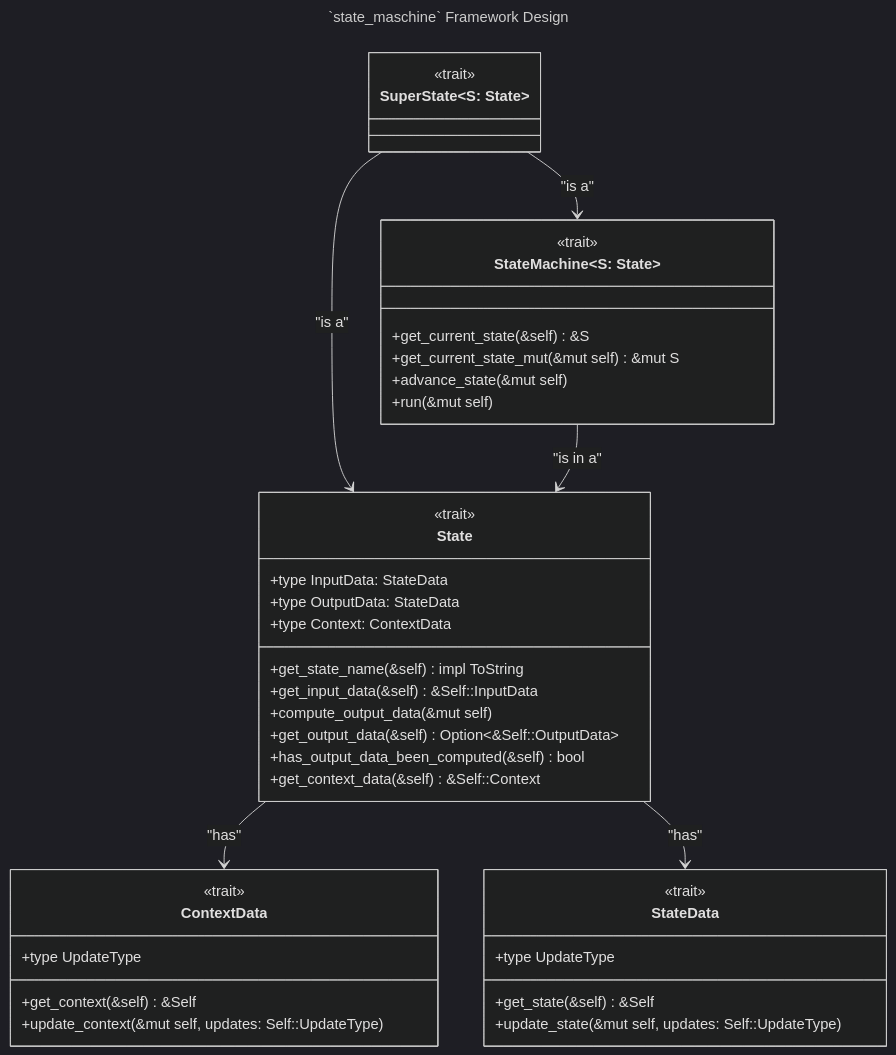
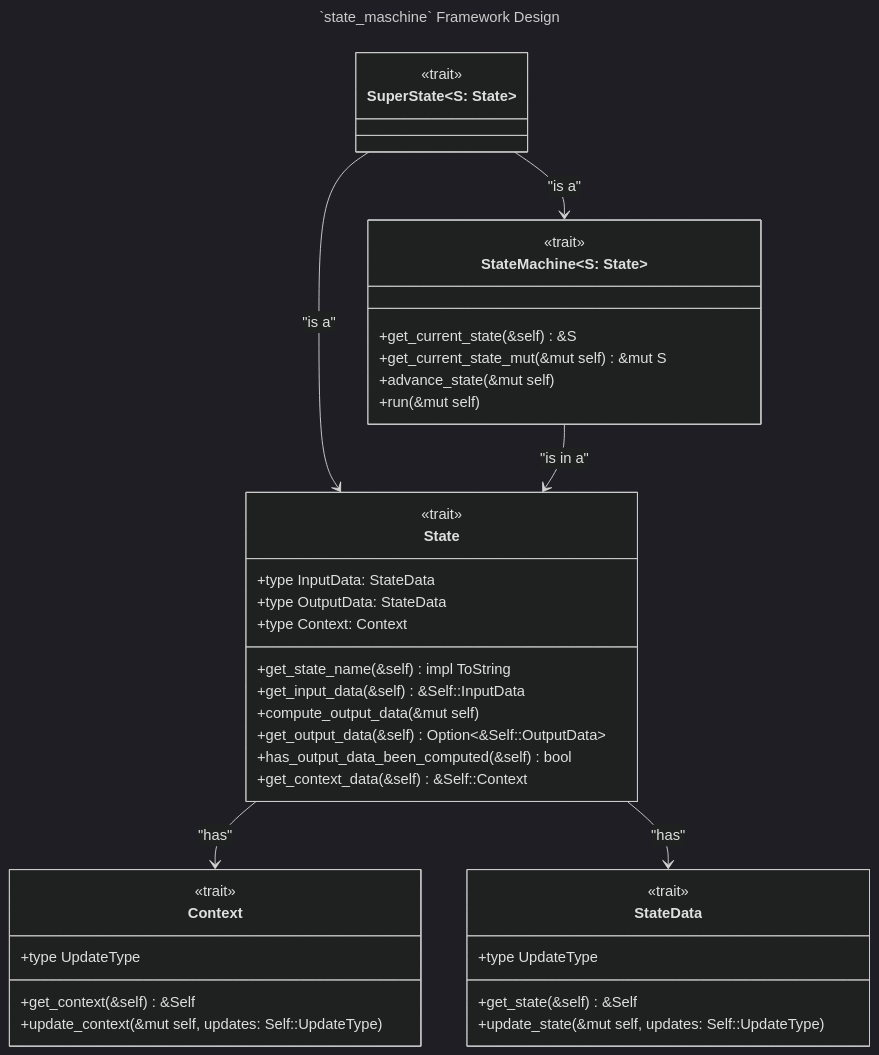
Before and after one commit to ironcapitaleu/arkad: the diagram in state_machine/design/uml_class_diagram/state_machine_framework_design.md, drawn with Mermaid (dark theme). The commit also changed 219 other files, not shown here.

````diff
--- a/state_machine/design/uml_class_diagram/state_machine_framework_design.md
+++ b/state_machine/design/uml_class_diagram/state_machine_framework_design.md
@@ -1,79 +1,79 @@
 ```mermaid
 ---
 title: "`state_maschine` Framework Design"
 ---
 classDiagram
     class StateMachine~S: State~{
         <<trait>>
         %% This is a trait that represents a `StateMachine`.
 
         %% These are the trait methods that must be implemented by any `StateMachine`.
         +get_current_state(&self) &S
         +get_current_state_mut(&mut self) &mut S
         +advance_state(&mut self)
         +run(&mut self)
     }
 
     class State {
         <<trait>>
         %% This is a trait that represents a `State` in the `StateMachine`.
 
         %% These are the associated types that represent the data associated with a `State`inside a `StateMachine' represents the data associated with a `State`.
         +type InputData: StateData
         +type OutputData: StateData
-        +type Context: ContextData
+        +type Context: Context
 
         %% These are the trait methods that must be implemented by any `State` in the `StateMachine`.
         +get_state_name(&self) impl ToString
         +get_input_data(&self) &Self::InputData
         +compute_output_data(&mut self)
         +get_output_data(&self) Option<&Self::OutputData>
         +has_output_data_been_computed(&self) bool
         +get_context_data(&self) &Self::Context
     }
 
 
     class SuperState~S: State~ {
         <<trait>>
         %% This is a trait that represents a `SuperState` in a hierarchical state machine.
         %% A `SuperState` must implement both `State` and `StateMachine<S>` traits.
 
         %% Associated types and methods are inherited from `State` and `StateMachine<S>`.
     }
 
-    class ContextData {
+    class Context {
         <<trait>>
         %% This is a trait that defines the behavior and characteristics of context data that is available to a `State` in a `StateMachine`.
 
         %% Associated type for updates to the context data.
         +type UpdateType
 
-        %% Methods defined by the `ContextData` trait.
+        %% Methods defined by the `Context` trait.
         +get_context(&self) &Self
         +update_context(&mut self, updates: Self::UpdateType)
     }    
 
     class StateData {
         <<trait>>
         %% This is a trait that defines the behavior and characteristics of internal state data of a `State` in a `StateMachine`.
 
         %% Associated type for updates to the internal state data.
         +type UpdateType
 
         %% Methods defined by the `StateData` trait.
         +get_state(&self) &Self
         +update_state(&mut self, updates: Self::UpdateType)
     }
 
     %% Relationships
     %% `SuperState`is a `State` that is also a `StateMachine`
     SuperState --> StateMachine : "is a"
     SuperState --> State : "is a"
 
     %% A `StateMachine`is always in a specific `State`
     StateMachine --> State : "is in a"
 
-    %% A `State` stores internal `StateData`and has access to `ContextData`
-    State --> ContextData : "has"
+    %% A `State` stores internal `StateData`and has access to `Context`
+    State --> Context : "has"
     State --> StateData : "has"
 ```
````
